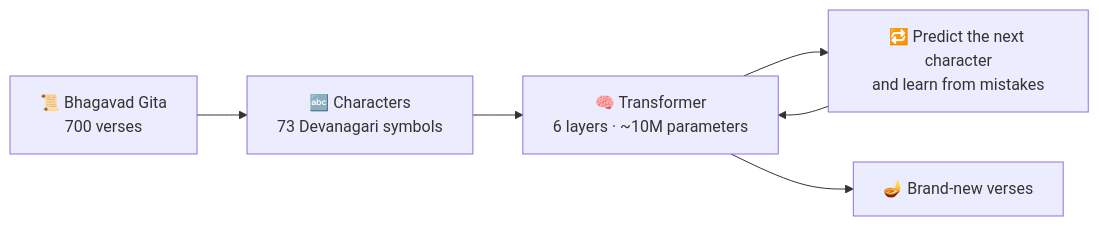
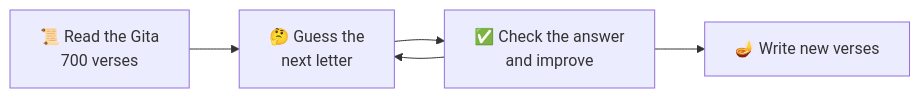
One commit to Aaryan-25/shloka-gpt changed the diagram in README.md. Above: the diagram before and after it, drawn with Mermaid. The commit also changed other lines of this file, not shown here.

````diff
--- a/README.md
+++ b/README.md
@@ -36,8 +63,7 @@
 ```mermaid
 flowchart LR
-    A["📜 Bhagavad Gita<br/>700 verses"] --> B["🔤 Characters<br/>73 Devanagari symbols"]
-    B --> C["🧠 Transformer<br/>6 layers · ~10M parameters"]
-    C --> D["🔁 Predict the next character<br/>and learn from mistakes"]
-    D --> C
-    C --> E["🪔 Brand-new verses"]
+    A["📜 Read the Gita<br/>700 verses"] --> B["🤔 Guess the<br/>next letter"]
+    B --> C["✅ Check the answer<br/>and improve"]
+    C --> B
+    C --> D["🪔 Write new verses"]
 ```
````
